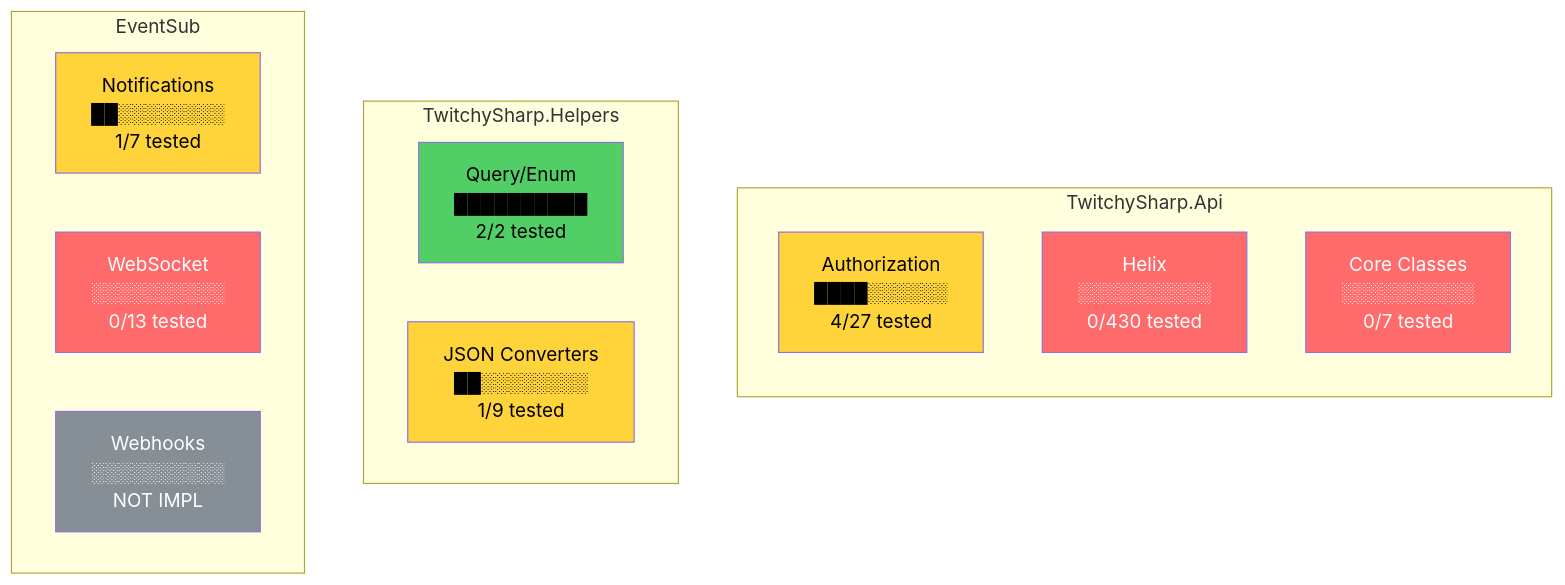
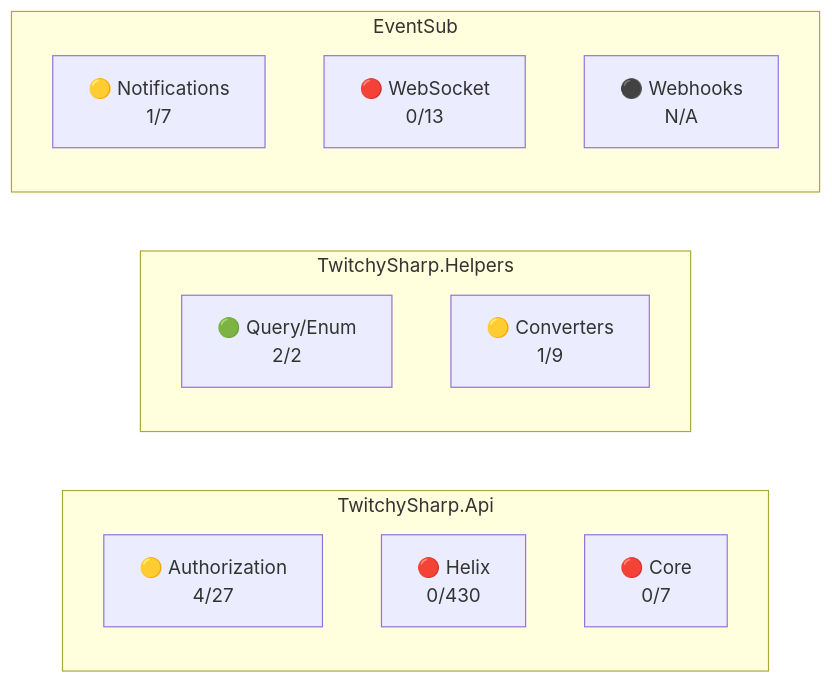
One commit to Yoyoyopo5/TwitchySharp changed the second of 2 diagrams in Docs/TestCoverage.md. Above: the diagram before and after it, drawn with Mermaid. The commit also changed other lines of this file, not shown here.

Commit message:
Fix broken quadrant chart and simplify coverage map
- Replace quadrantChart (not supported on GitHub) with table matrix
- Simplify coverage map flowchart - use emojis instead of colors
- Add legend for coverage indicators
- Cleaner, more readable layout

🤖 Generated with [Claude Code](https://claude.com/claude-code)

````diff
--- a/Docs/TestCoverage.md
+++ b/Docs/TestCoverage.md
@@ -36,45 +36,19 @@
 ```mermaid
-flowchart TB
+flowchart LR
     subgraph API["TwitchySharp.Api"]
-        direction TB
-        A1["Authorization
-        ████░░░░░░
-        4/27 tested"]
-        A2["Helix
-        ░░░░░░░░░░
-        0/430 tested"]
-        A3["Core Classes
-        ░░░░░░░░░░
-        0/7 tested"]
+        A1["🟡 Authorization\n4/27"]
+        A2["🔴 Helix\n0/430"]
+        A3["🔴 Core\n0/7"]
     end
 
-    subgraph Helpers["TwitchySharp.Helpers"]
-        H1["Query/Enum
-        ██████████
-        2/2 tested"]
-        H2["JSON Converters
-        ██░░░░░░░░
-        1/9 tested"]
+    subgraph HLP["TwitchySharp.Helpers"]
+        H1["🟢 Query/Enum\n2/2"]
+        H2["🟡 Converters\n1/9"]
     end
 
-    subgraph EventSub["EventSub"]
-        E1["Notifications
-        ██░░░░░░░░
-        1/7 tested"]
-        E2["WebSocket
-        ░░░░░░░░░░
-        0/13 tested"]
-        E3["Webhooks
-        ░░░░░░░░░░
-        NOT IMPL"]
+    subgraph EVT["EventSub"]
+        E1["🟡 Notifications\n1/7"]
+        E2["🔴 WebSocket\n0/13"]
+        E3["⚫ Webhooks\nN/A"]
     end
-
-    style A1 fill:#ffd43b,color:#000
-    style A2 fill:#ff6b6b,color:#fff
-    style A3 fill:#ff6b6b,color:#fff
-    style H1 fill:#51cf66,color:#000
-    style H2 fill:#ffd43b,color:#000
-    style E1 fill:#ffd43b,color:#000
-    style E2 fill:#ff6b6b,color:#fff
-    style E3 fill:#868e96,color:#fff
 ```
````
